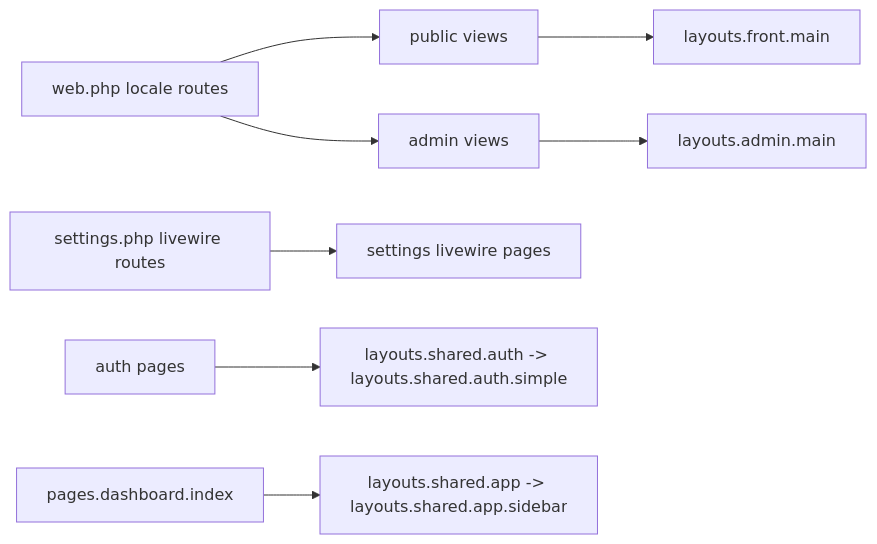
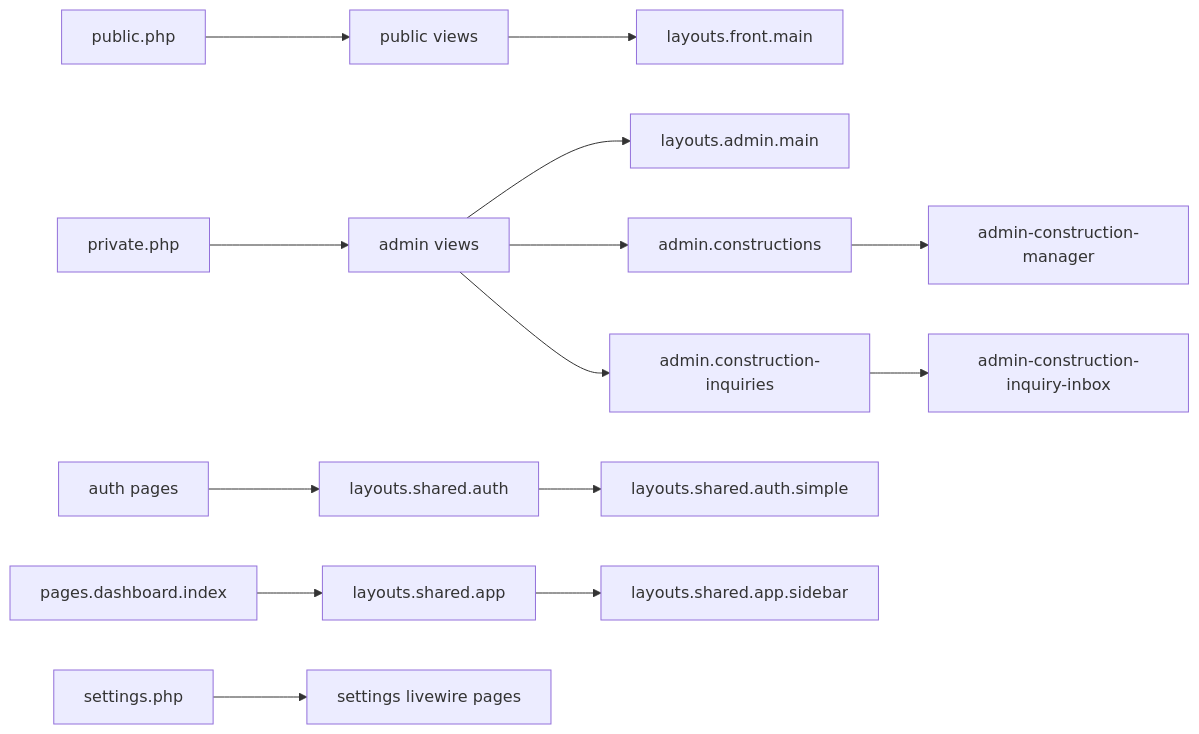
Before and after one commit to amaiagalvez/madaia33: the first of 5 diagrams in .github/skills/views-structure-mermaid/SKILL.md, drawn with Mermaid. The commit also changed other lines of this file and 80 other files, not shown here.

````diff
--- a/.github/skills/views-structure-mermaid/SKILL.md
+++ b/.github/skills/views-structure-mermaid/SKILL.md
@@ -29,10 +29,20 @@
 ```mermaid
 flowchart LR
-    WEB[web.php locale routes] --> PUB[public views]
-    WEB --> ADM[admin views]
-    SETTINGS[settings.php livewire routes] --> SETTINGSPAGES[settings livewire pages]
-    PUB --> FRONTLAYOUT[layouts.front.main]
-    ADM --> ADMINLAYOUT[layouts.admin.main]
-    AUTHPAGES[auth pages] --> AUTHLAYOUT[layouts.shared.auth -> layouts.shared.auth.simple]
-    DASHBOARDPAGE[pages.dashboard.index] --> APPLAYOUT[layouts.shared.app -> layouts.shared.app.sidebar]
+    PUBLICROUTES[public.php] --> PUBLICVIEWS[public views]
+    PUBLICVIEWS --> FRONTLAYOUT[layouts.front.main]
+
+    PRIVATEROUTES[private.php] --> ADMINVIEWS[admin views]
+    ADMINVIEWS --> ADMINLAYOUT[layouts.admin.main]
+    ADMINVIEWS --> CONSTRUCTIONSVIEW[admin.constructions]
+    CONSTRUCTIONSVIEW --> CONSTRUCTIONSLW[admin-construction-manager]
+    ADMINVIEWS --> CONSTRUCTIONINQUIRIESVIEW[admin.construction-inquiries]
+    CONSTRUCTIONINQUIRIESVIEW --> CONSTRUCTIONINQUIRIESLW[admin-construction-inquiry-inbox]
+
+    AUTHVIEWS[auth pages] --> AUTHSHELL[layouts.shared.auth]
+    AUTHSHELL --> AUTHLAYOUT[layouts.shared.auth.simple]
+
+    DASHBOARDPAGE[pages.dashboard.index] --> APPLAYOUT[layouts.shared.app]
+    APPLAYOUT --> APPSIDEBAR[layouts.shared.app.sidebar]
+
+    SETTINGS[settings.php] --> SETTINGSPAGES[settings livewire pages]
 ```
````
